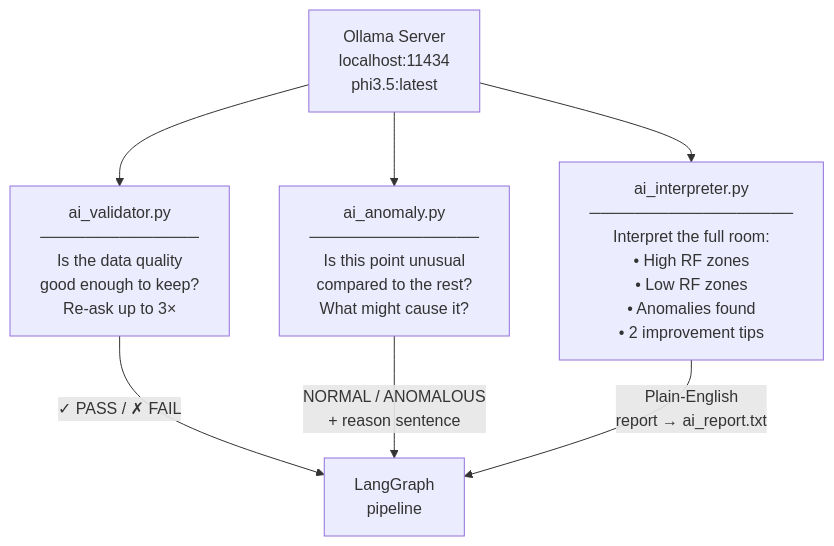
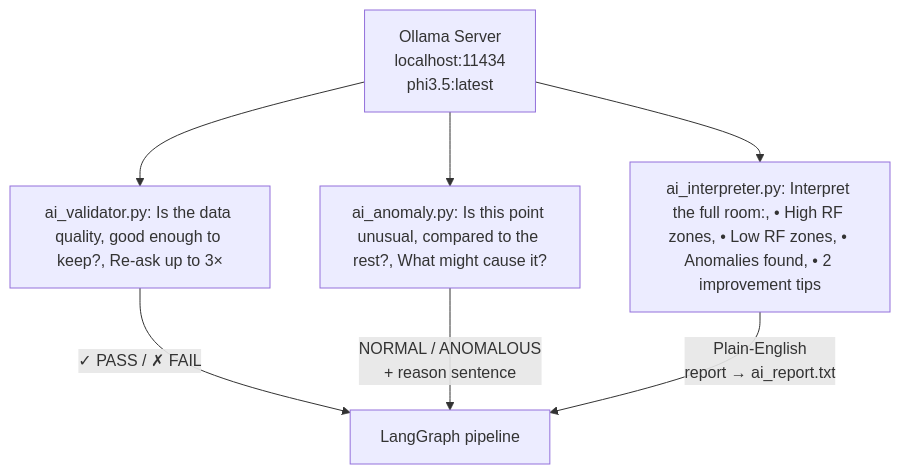
Before and after one commit to Fairtexas5/AetherScan-Seance: the fifth of 7 diagrams in PROJECT_FLOW.md, drawn with Mermaid.

````diff
--- a/PROJECT_FLOW.md
+++ b/PROJECT_FLOW.md
@@ -135,16 +135,16 @@
 ```mermaid
 flowchart TD
     OLLAMA[" Ollama Server\nlocalhost:11434\nphi3.5:latest"]
 
-    V["ai_validator.py\n──────────────\nIs the data quality\ngood enough to keep?\nRe-ask up to 3×"]
-    AN["ai_anomaly.py\n───────────────\nIs this point unusual\ncompared to the rest?\nWhat might cause it?"]
-    IN["ai_interpreter.py\n──────────────────\nInterpret the full room:\n• High RF zones\n• Low RF zones\n• Anomalies found\n• 2 improvement tips"]
+    V["ai_validator.py: Is the data quality, good enough to keep?, Re-ask up to 3×"]
+    AN["ai_anomaly.py: Is this point unusual, compared to the rest?, What might cause it?"]
+    IN["ai_interpreter.py: Interpret the full room:, • High RF zones, • Low RF zones, • Anomalies found, • 2 improvement tips"]
 
     OLLAMA --> V
     OLLAMA --> AN
     OLLAMA --> IN
 
-    V -- "✓ PASS / ✗ FAIL" --> PIPE["LangGraph\npipeline"]
+    V -- "✓ PASS / ✗ FAIL" --> PIPE["LangGraph pipeline"]
     AN -- "NORMAL / ANOMALOUS\n+ reason sentence" --> PIPE
     IN -- "Plain-English\nreport → ai_report.txt" --> PIPE
 ```
````
